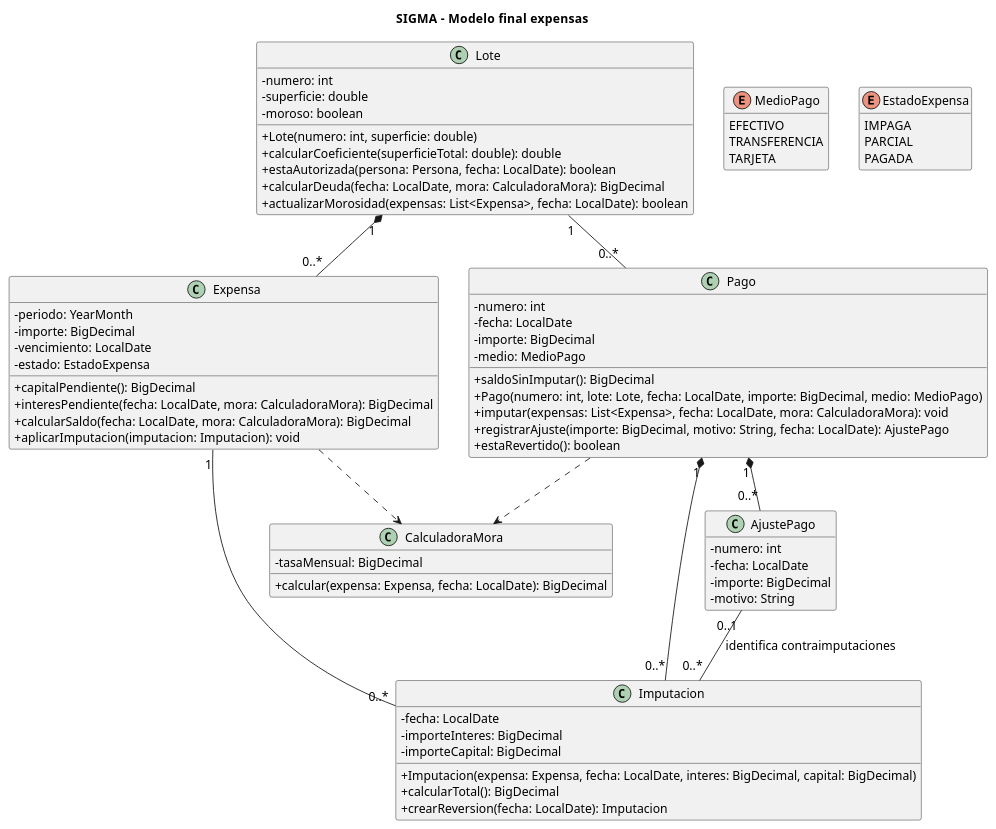
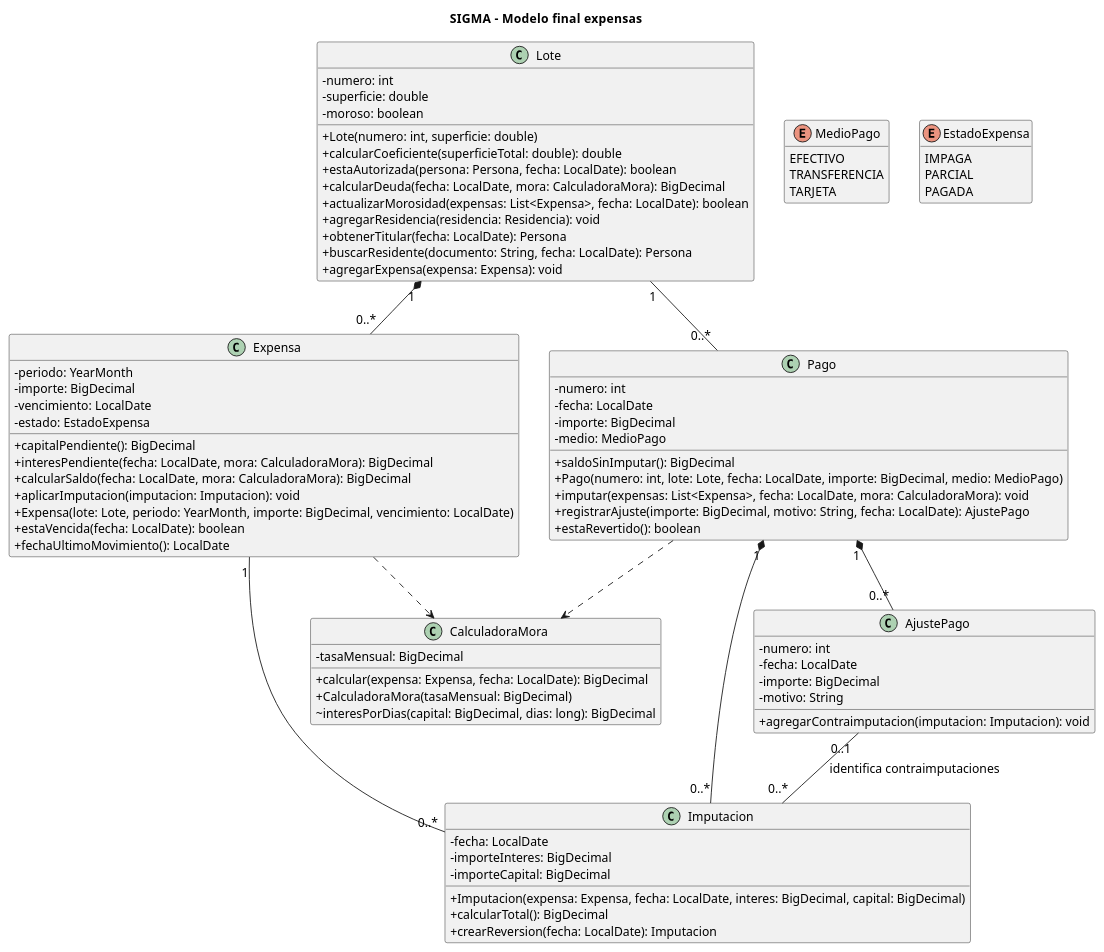
The diagram in docs/uml/03-expensas.puml (fedemarr/TP-POO-SIGMA), drawn with PlantUML before and after one commit. The commit also changed 42 other files, not shown here.

```diff
--- a/docs/uml/03-expensas.puml
+++ b/docs/uml/03-expensas.puml
@@ -1,84 +1,94 @@
 @startuml 03-expensas
 title SIGMA - Modelo final   expensas
 scale max 3800*3800
 skinparam defaultFontName Arial
 skinparam defaultFontSize 14
 skinparam classAttributeIconSize 0
 skinparam shadowing false
 hide empty members
 
 class Expensa {
     - periodo: YearMonth
     - importe: BigDecimal
     - vencimiento: LocalDate
     - estado: EstadoExpensa
     + capitalPendiente(): BigDecimal
     + interesPendiente(fecha: LocalDate, mora: CalculadoraMora): BigDecimal
     + calcularSaldo(fecha: LocalDate, mora: CalculadoraMora): BigDecimal
     + aplicarImputacion(imputacion: Imputacion): void
+    + Expensa(lote: Lote, periodo: YearMonth, importe: BigDecimal, vencimiento: LocalDate)
+    + estaVencida(fecha: LocalDate): boolean
+    + fechaUltimoMovimiento(): LocalDate
   }
 
 class Pago {
     - numero: int
     - fecha: LocalDate
     - importe: BigDecimal
     - medio: MedioPago
     + saldoSinImputar(): BigDecimal
     + Pago(numero: int, lote: Lote, fecha: LocalDate, importe: BigDecimal, medio: MedioPago)
     + imputar(expensas: List<Expensa>, fecha: LocalDate, mora: CalculadoraMora): void
     + registrarAjuste(importe: BigDecimal, motivo: String, fecha: LocalDate): AjustePago
     + estaRevertido(): boolean
   }
 
 class Imputacion {
     - fecha: LocalDate
     - importeInteres: BigDecimal
     - importeCapital: BigDecimal
     + Imputacion(expensa: Expensa, fecha: LocalDate, interes: BigDecimal, capital: BigDecimal)
     + calcularTotal(): BigDecimal
     + crearReversion(fecha: LocalDate): Imputacion
   }
 
 class AjustePago {
     - numero: int
     - fecha: LocalDate
     - importe: BigDecimal
     - motivo: String
+    + agregarContraimputacion(imputacion: Imputacion): void
   }
 
 enum MedioPago {
     EFECTIVO
     TRANSFERENCIA
     TARJETA
   }
 
 enum EstadoExpensa {
     IMPAGA
     PARCIAL
     PAGADA
   }
 
 class Lote {
     - numero: int
     - superficie: double
     - moroso: boolean
     + Lote(numero: int, superficie: double)
     + calcularCoeficiente(superficieTotal: double): double
     + estaAutorizada(persona: Persona, fecha: LocalDate): boolean
     + calcularDeuda(fecha: LocalDate, mora: CalculadoraMora): BigDecimal
     + actualizarMorosidad(expensas: List<Expensa>, fecha: LocalDate): boolean
+    + agregarResidencia(residencia: Residencia): void
+    + obtenerTitular(fecha: LocalDate): Persona
+    + buscarResidente(documento: String, fecha: LocalDate): Persona
+    + agregarExpensa(expensa: Expensa): void
   }
 
 class CalculadoraMora {
     - tasaMensual: BigDecimal
     + calcular(expensa: Expensa, fecha: LocalDate): BigDecimal
+    + CalculadoraMora(tasaMensual: BigDecimal)
+    ~ interesPorDias(capital: BigDecimal, dias: long): BigDecimal
   }
 Lote "1" *-- "0..*" Expensa
 Lote "1" -- "0..*" Pago
 Pago "1" *-- "0..*" Imputacion
 Expensa "1" -- "0..*" Imputacion
 Pago "1" *-- "0..*" AjustePago
 Expensa ..> CalculadoraMora
 Pago ..> CalculadoraMora
 AjustePago "0..1" -- "0..*" Imputacion : identifica contraimputaciones
 @enduml
```
